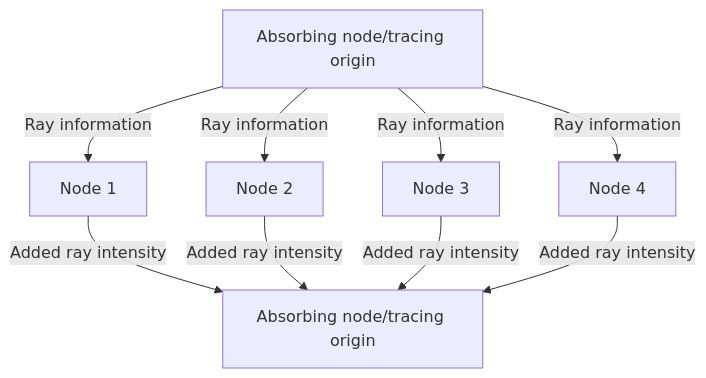
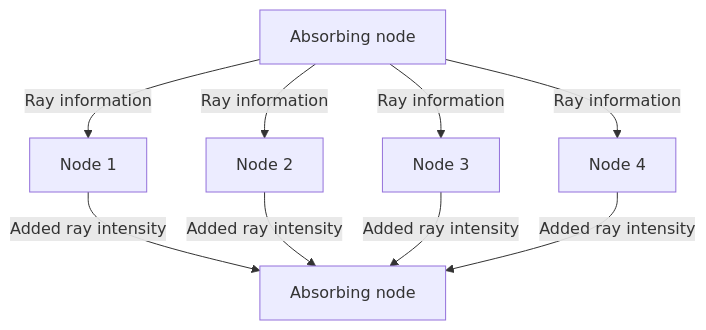
One commit to nick-jt/MCRT_Thesis_Tricard changed the second of 2 diagrams in README.md. Above: the diagram before and after it, drawn with Mermaid.

Commit message:
Update README.md
Fixed mermaid diagram

````diff
--- a/README.md
+++ b/README.md
@@ -22,11 +22,11 @@
 ```mermaid
 graph TD
-    A[Absorbing node/tracing origin] -->|Ray information| B[Node 1]
+    A[Absorbing node] -->|Ray information| B[Node 1]
     A -->|Ray information| C[Node 2]
     A -->|Ray information| D[Node 3]
     A -->|Ray information| E[Node 4]
-    B -->|Added ray intensity| F[Absorbing node/tracing origin]
+    B -->|Added ray intensity| F[Absorbing node]
     C -->|Added ray intensity| F
     D -->|Added ray intensity| F
     E -->|Added ray intensity| F
 ```
````
